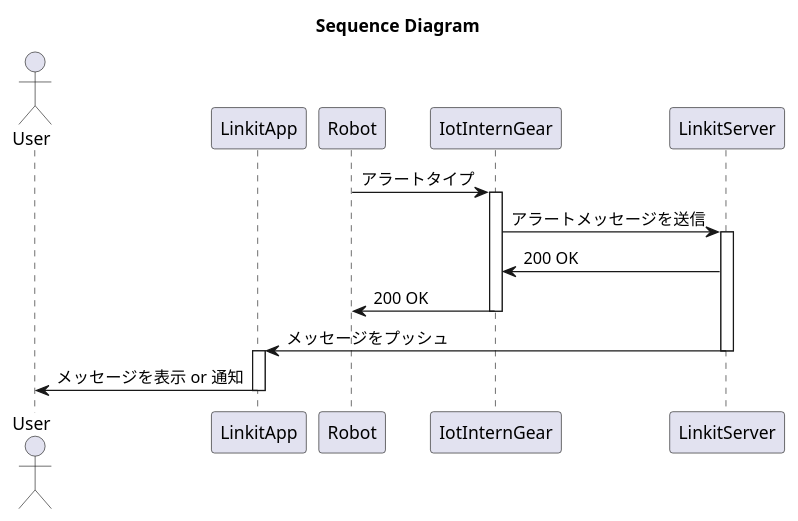
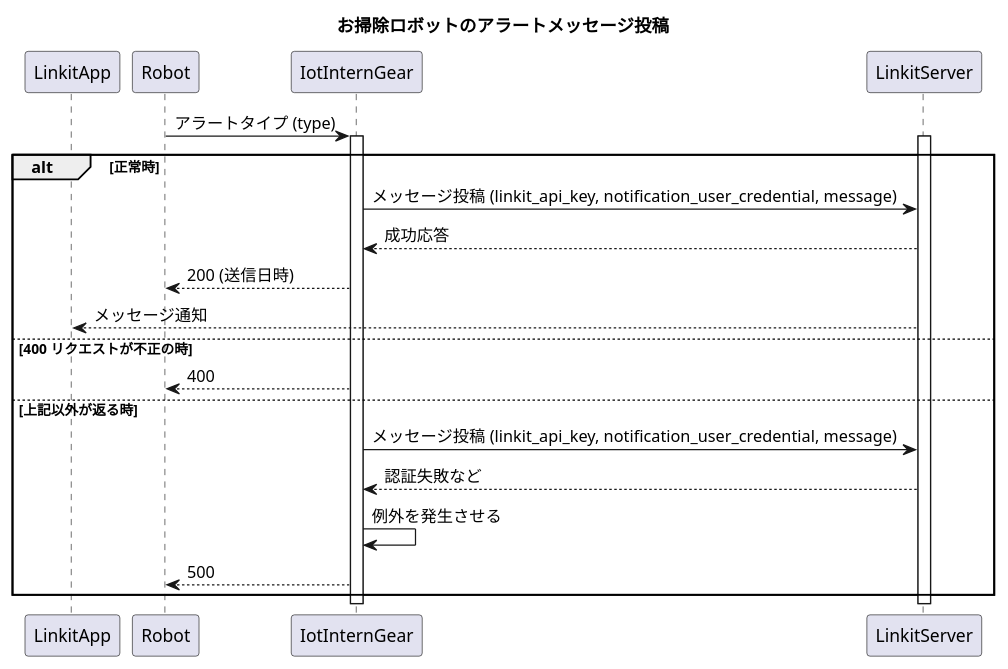
Before and after one commit to access-company/IoTIntern: the diagram in doc/sequence.puml, drawn with PlantUML. The commit also changed 2 other files, not shown here.

Commit message:
Add doc of linkit messaging process

```diff
--- a/doc/sequence.puml
+++ b/doc/sequence.puml
@@ -1,24 +1,27 @@
 @startuml SequenceDiagram
-title: Sequence Diagram
+title: お掃除ロボットのアラートメッセージ投稿
 
-actor User
 participant LinkitApp
 participant Robot
 participant IotInternGear
 participant LinkitServer
 
-Robot -> IotInternGear: アラートタイプ
+Robot -> IotInternGear: アラートタイプ (type)
 activate IotInternGear
-IotInternGear -> LinkitServer: アラートメッセージを送信
 activate LinkitServer
-LinkitServer -> IotInternGear: 200 OK
-IotInternGear -> Robot: 200 OK
+alt 正常時
+    IotInternGear -> LinkitServer: メッセージ投稿 (linkit_api_key, notification_user_credential, message)
+    IotInternGear <-- LinkitServer: 成功応答
+    Robot <-- IotInternGear: 200 (送信日時)
+    LinkitApp <-- LinkitServer: メッセージ通知
+else 400 リクエストが不正の時
+    Robot <-- IotInternGear: 400
+else 上記以外が返る時
+    IotInternGear -> LinkitServer: メッセージ投稿 (linkit_api_key, notification_user_credential, message)
+    IotInternGear <-- LinkitServer: 認証失敗など
+    IotInternGear -> IotInternGear: 例外を発生させる
+    Robot <-- IotInternGear: 500
+end
 deactivate IotInternGear
-
-LinkitServer -> LinkitApp: メッセージをプッシュ
 deactivate LinkitServer
-activate LinkitApp
-LinkitApp -> User: メッセージを表示 or 通知
-deactivate LinkitApp
-
 @enduml
```
